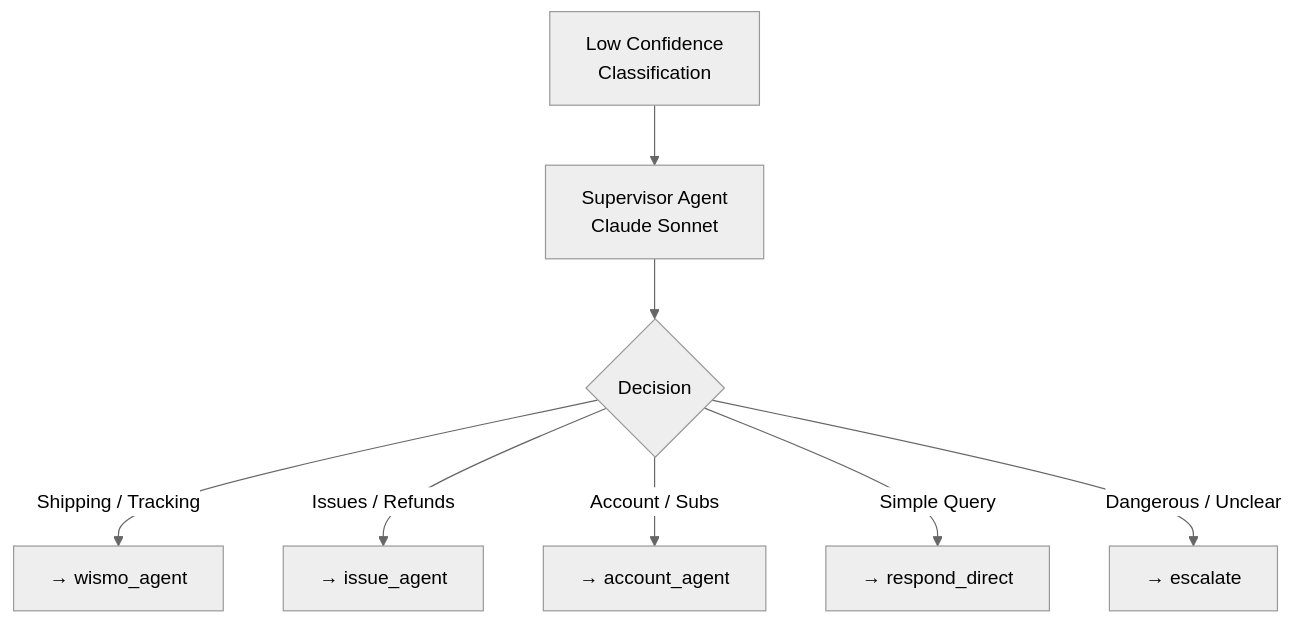
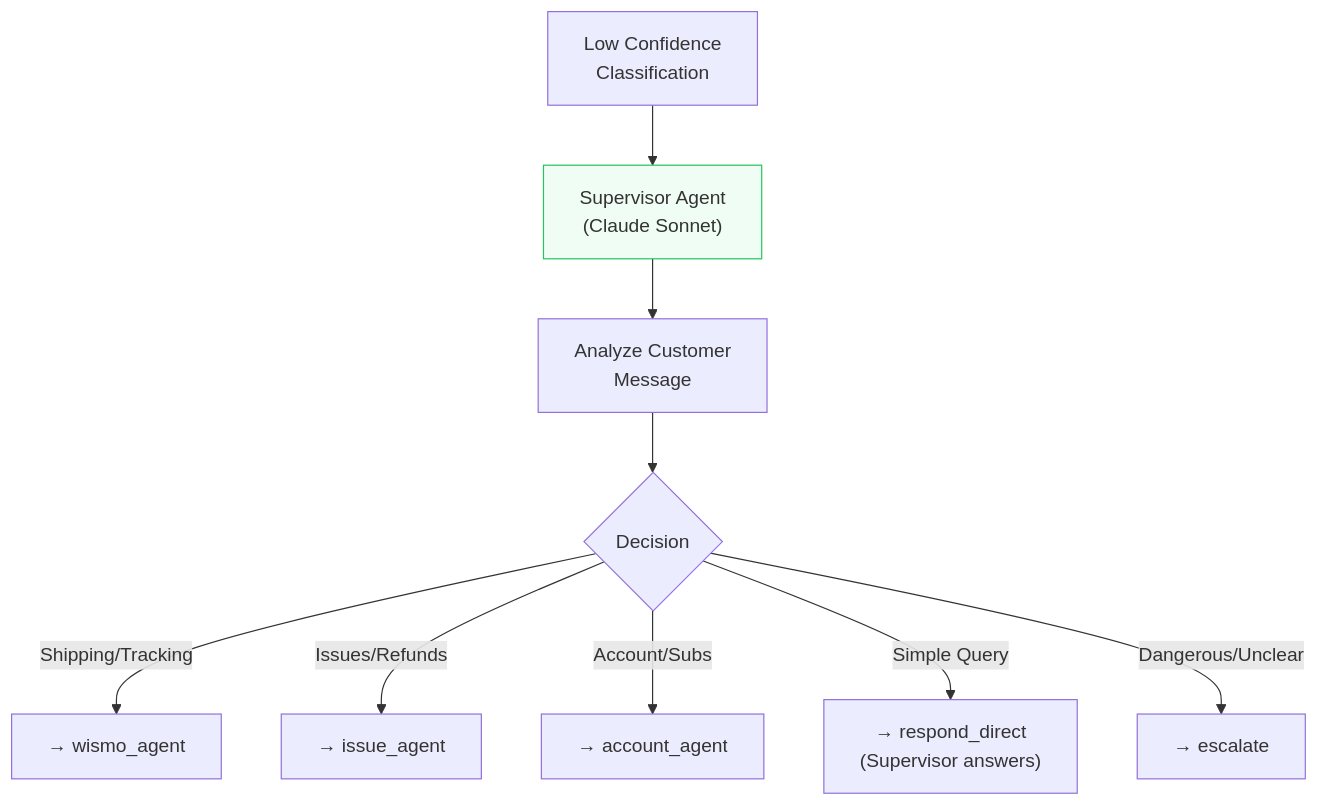
Before and after one commit to EminDurmuSS/lookfor-hackathon: the fourth of 14 diagrams in README.md, drawn with Mermaid. The commit also changed other lines of this file, not shown here.

````diff
--- a/README.md
+++ b/README.md
@@ -216,12 +255,14 @@
 ```mermaid
-%%{init: {'theme': 'neutral'}}%%
 flowchart TD
-    LOW["Low Confidence<br/>Classification"] --> SUP["Supervisor Agent<br/>Claude Sonnet"]
-    SUP --> DECIDE{"Decision"}
+    LOW["Low Confidence<br/>Classification"] --> SUP["Supervisor Agent<br/>(Claude Sonnet)"]
+    SUP --> ANALYZE["Analyze Customer<br/>Message"]
+    ANALYZE --> DECIDE{"Decision"}
 
-    DECIDE -->|Shipping / Tracking| WA["→ wismo_agent"]
-    DECIDE -->|Issues / Refunds| IA["→ issue_agent"]
-    DECIDE -->|Account / Subs| AA["→ account_agent"]
-    DECIDE -->|Simple Query| RD["→ respond_direct"]
-    DECIDE -->|Dangerous / Unclear| ESC["→ escalate"]
+    DECIDE -->|"Shipping/Tracking"| WA["→ wismo_agent"]
+    DECIDE -->|"Issues/Refunds"| IA["→ issue_agent"]
+    DECIDE -->|"Account/Subs"| AA["→ account_agent"]
+    DECIDE -->|"Simple Query"| RD["→ respond_direct<br/>(Supervisor answers)"]
+    DECIDE -->|"Dangerous/Unclear"| ESC["→ escalate"]
+
+    style SUP fill:#f0fdf4,stroke:#22c55e
 ```
````
